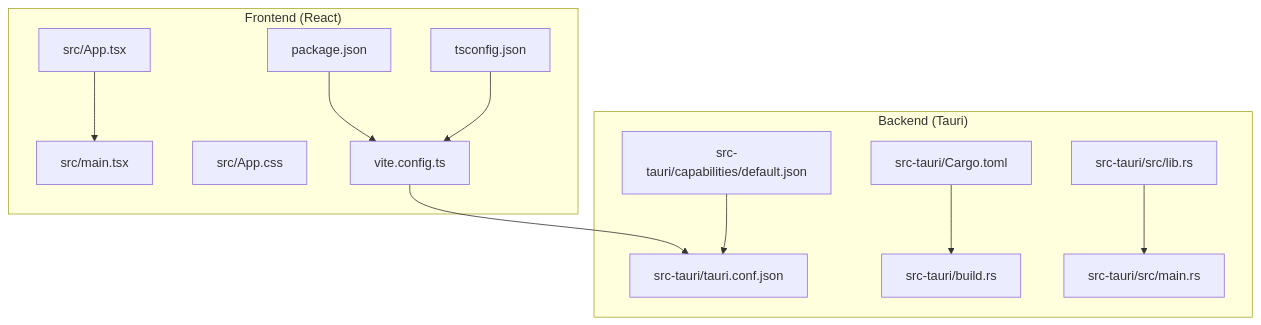
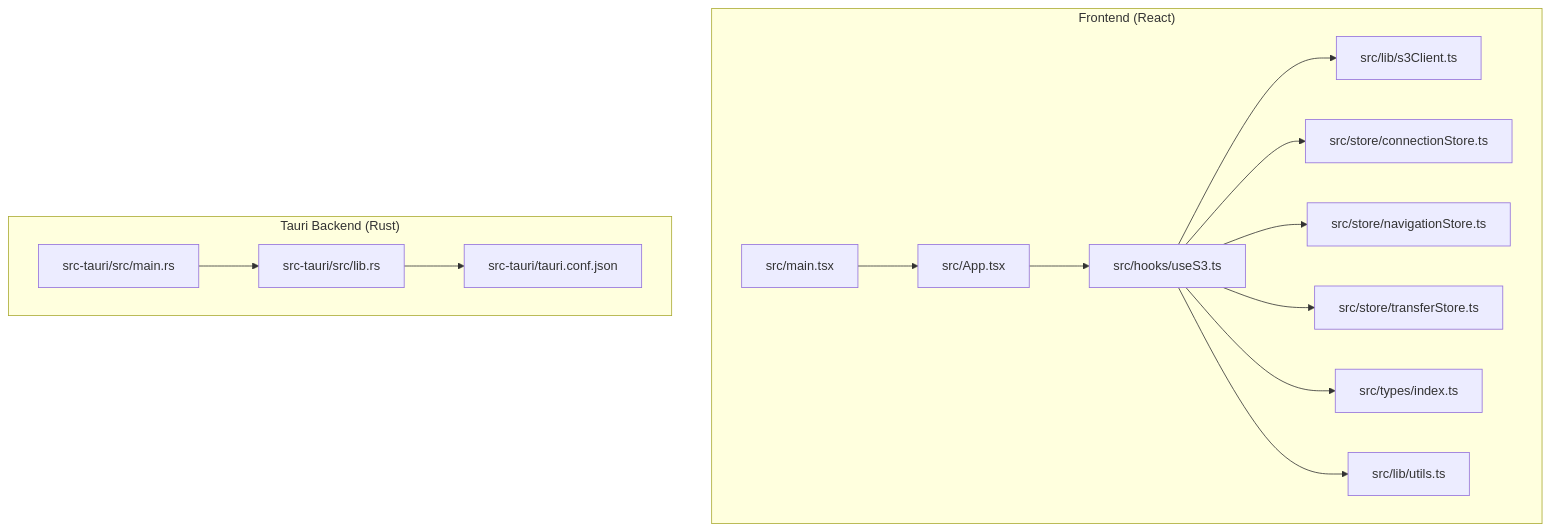
The first of 9 diagrams in .qoder/repowiki/en/content/Technical Implementation/Technical Implementation.md (nasrulhadi/s3-explorer), drawn with Mermaid before and after one commit. The commit also changed other lines of this file and 46 other files, not shown here.

````diff
--- a/.qoder/repowiki/en/content/Technical Implementation/Technical Implementation.md
+++ b/.qoder/repowiki/en/content/Technical Implementation/Technical Implementation.md
@@ -42,26 +44,29 @@
 ```mermaid
 graph TB
 subgraph "Frontend (React)"
-FE_Main["src/main.tsx"]
-FE_App["src/App.tsx"]
-FE_CSS["src/App.css"]
-FE_Vite["vite.config.ts"]
-FE_TS["tsconfig.json"]
-FE_Pkg["package.json"]
+A_main["src/main.tsx"]
+A_app["src/App.tsx"]
+A_hooks["src/hooks/useS3.ts"]
+A_store_conn["src/store/connectionStore.ts"]
+A_store_nav["src/store/navigationStore.ts"]
+A_store_trans["src/store/transferStore.ts"]
+A_types["src/types/index.ts"]
+A_utils["src/lib/utils.ts"]
+A_s3client["src/lib/s3Client.ts"]
 end
-subgraph "Backend (Tauri)"
-BE_TauriConf["src-tauri/tauri.conf.json"]
-BE_Cargo["src-tauri/Cargo.toml"]
-BE_BuildRS["src-tauri/build.rs"]
-BE_LibRS["src-tauri/src/lib.rs"]
-BE_MainRS["src-tauri/src/main.rs"]
-BE_Cap["src-tauri/capabilities/default.json"]
+subgraph "Tauri Backend (Rust)"
+B_main["src-tauri/src/main.rs"]
+B_lib["src-tauri/src/lib.rs"]
+B_conf["src-tauri/tauri.conf.json"]
 end
-FE_Pkg --> FE_Vite
-FE_TS --> FE_Vite
-FE_App --> FE_Main
-FE_Vite --> BE_TauriConf
-BE_Cargo --> BE_BuildRS
-BE_LibRS --> BE_MainRS
-BE_Cap --> BE_TauriConf
+A_main --> A_app
+A_app --> A_hooks
+A_hooks --> A_s3client
+A_hooks --> A_store_conn
+A_hooks --> A_store_nav
+A_hooks --> A_store_trans
+A_hooks --> A_types
+A_hooks --> A_utils
+B_main --> B_lib
+B_lib --> B_conf
 ```
````
